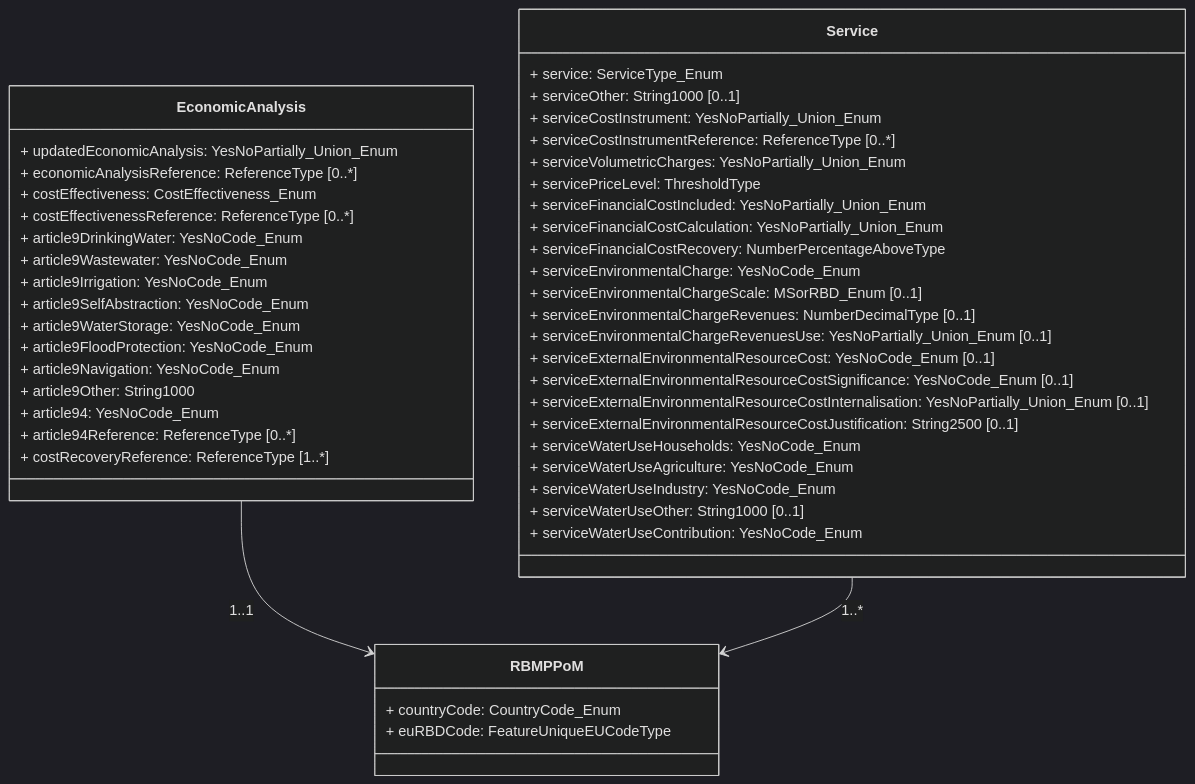
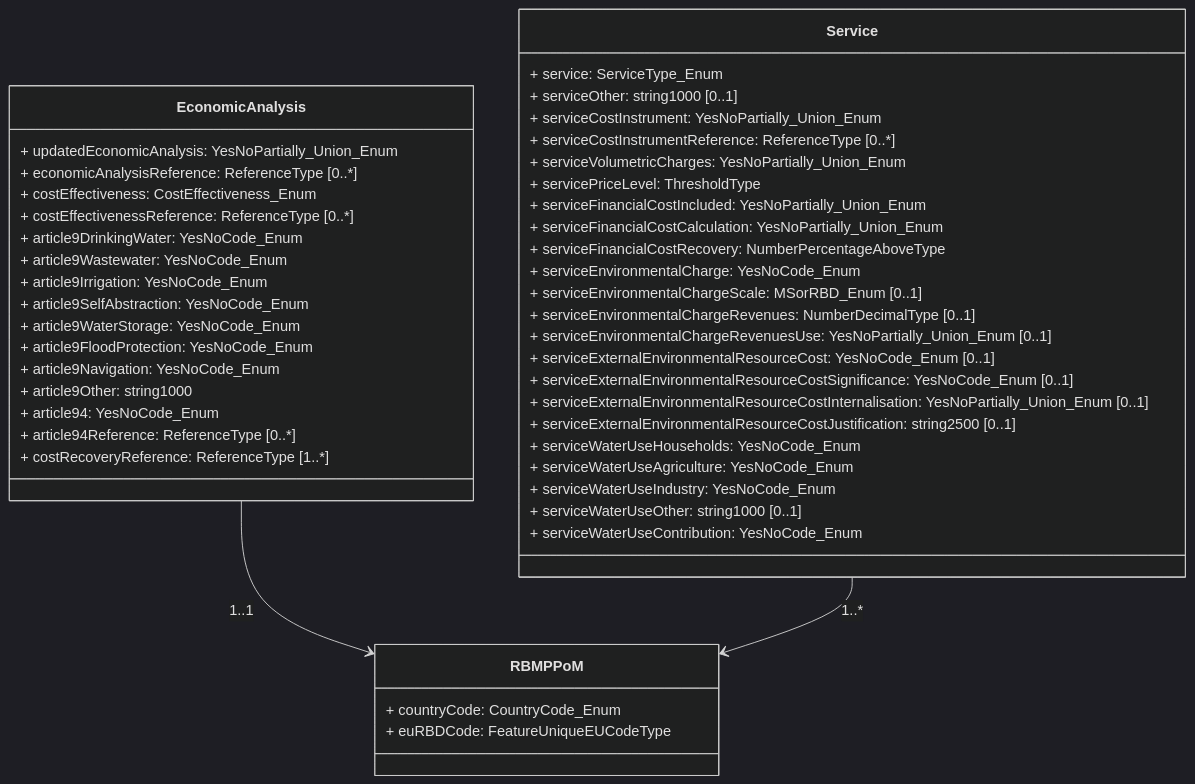
Before and after one commit to eeadata/WISE.WFD.Documentation: the diagram in docs/DataModelReview/mmd/EconomicAnalysisclassDiagram.mmd, drawn with Mermaid (dark theme). The commit also changed 6 other files, not shown here.

Commit message:
Review mermaid diagrams Economic Analysis

```diff
--- a/docs/DataModelReview/mmd/EconomicAnalysisclassDiagram.mmd
+++ b/docs/DataModelReview/mmd/EconomicAnalysisclassDiagram.mmd
@@ -1,53 +1,53 @@
 classDiagram
     direction TB
 
     class EconomicAnalysis {
         + updatedEconomicAnalysis: YesNoPartially_Union_Enum
         + economicAnalysisReference: ReferenceType [0..*]
         + costEffectiveness: CostEffectiveness_Enum
         + costEffectivenessReference: ReferenceType [0..*]
         + article9DrinkingWater: YesNoCode_Enum
         + article9Wastewater: YesNoCode_Enum
         + article9Irrigation: YesNoCode_Enum
         + article9SelfAbstraction: YesNoCode_Enum
         + article9WaterStorage: YesNoCode_Enum
         + article9FloodProtection: YesNoCode_Enum
         + article9Navigation: YesNoCode_Enum
-        + article9Other: String1000
+        + article9Other: string1000
         + article94: YesNoCode_Enum
         + article94Reference: ReferenceType [0..*]
         + costRecoveryReference: ReferenceType [1..*]
     }
 
     class Service {
         + service: ServiceType_Enum
-        + serviceOther: String1000 [0..1]
+        + serviceOther: string1000 [0..1]
         + serviceCostInstrument: YesNoPartially_Union_Enum
         + serviceCostInstrumentReference: ReferenceType [0..*]
         + serviceVolumetricCharges: YesNoPartially_Union_Enum
         + servicePriceLevel: ThresholdType
         + serviceFinancialCostIncluded: YesNoPartially_Union_Enum
         + serviceFinancialCostCalculation: YesNoPartially_Union_Enum
         + serviceFinancialCostRecovery: NumberPercentageAboveType
         + serviceEnvironmentalCharge: YesNoCode_Enum
         + serviceEnvironmentalChargeScale: MSorRBD_Enum [0..1]
         + serviceEnvironmentalChargeRevenues: NumberDecimalType [0..1]
         + serviceEnvironmentalChargeRevenuesUse: YesNoPartially_Union_Enum [0..1]
         + serviceExternalEnvironmentalResourceCost: YesNoCode_Enum [0..1]
         + serviceExternalEnvironmentalResourceCostSignificance: YesNoCode_Enum [0..1]
         + serviceExternalEnvironmentalResourceCostInternalisation: YesNoPartially_Union_Enum [0..1]
-        + serviceExternalEnvironmentalResourceCostJustification: String2500 [0..1]
+        + serviceExternalEnvironmentalResourceCostJustification: string2500 [0..1]
         + serviceWaterUseHouseholds: YesNoCode_Enum
         + serviceWaterUseAgriculture: YesNoCode_Enum
         + serviceWaterUseIndustry: YesNoCode_Enum
-        + serviceWaterUseOther: String1000 [0..1]
+        + serviceWaterUseOther: string1000 [0..1]
         + serviceWaterUseContribution: YesNoCode_Enum
     }
 
     class RBMPPoM {
         + countryCode: CountryCode_Enum
         + euRBDCode: FeatureUniqueEUCodeType
     }
 
     EconomicAnalysis --> RBMPPoM : 1..1
     Service --> RBMPPoM : 1..*
```
